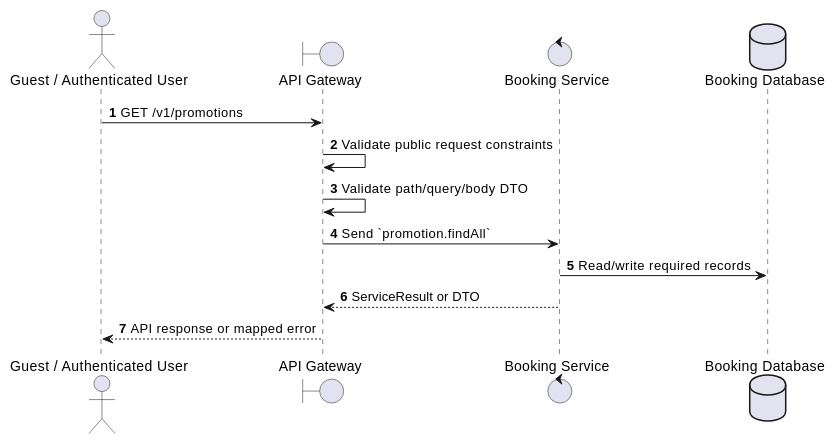
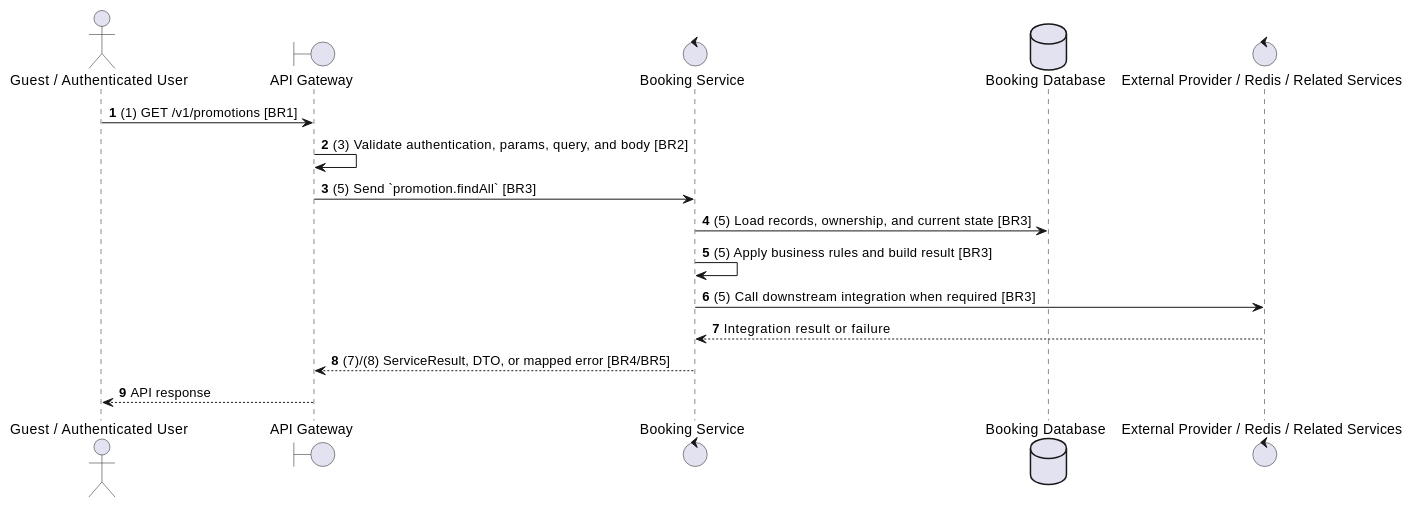
One commit to Tanh1603/movie-hub-architecture changed the second of 2 diagrams in docs/functional_specs/3.10_Promotions_Discounts_Module/PM-01_List_Promotions.md. Above: the diagram before and after it, drawn with PlantUML. The commit also changed other lines of this file and 129 other files, not shown here.

````diff
--- a/docs/functional_specs/3.10_Promotions_Discounts_Module/PM-01_List_Promotions.md
+++ b/docs/functional_specs/3.10_Promotions_Discounts_Module/PM-01_List_Promotions.md
@@ -17,17 +64,20 @@
 ```plantuml
 @startuml
 autonumber
 actor "Guest / Authenticated User" as Actor
 boundary "API Gateway" as GW
 control "Booking Service" as SVC
 database "Booking Database" as DB
+control "External Provider / Redis / Related Services" as EXT
 
-Actor -> GW: GET /v1/promotions
-GW -> GW: Validate public request constraints
-GW -> GW: Validate path/query/body DTO
-GW -> SVC: Send `promotion.findAll`
-SVC -> DB: Read/write required records
-SVC --> GW: ServiceResult or DTO
-GW --> Actor: API response or mapped error
+Actor -> GW: (1) GET /v1/promotions [BR1]
+GW -> GW: (3) Validate authentication, params, query, and body [BR2]
+GW -> SVC: (5) Send `promotion.findAll` [BR3]
+SVC -> DB: (5) Load records, ownership, and current state [BR3]
+SVC -> SVC: (5) Apply business rules and build result [BR3]
+SVC -> EXT: (5) Call downstream integration when required [BR3]
+EXT --> SVC: Integration result or failure
+SVC --> GW: (7)/(8) ServiceResult, DTO, or mapped error [BR4/BR5]
+GW --> Actor: API response
 @enduml
 ```
````
